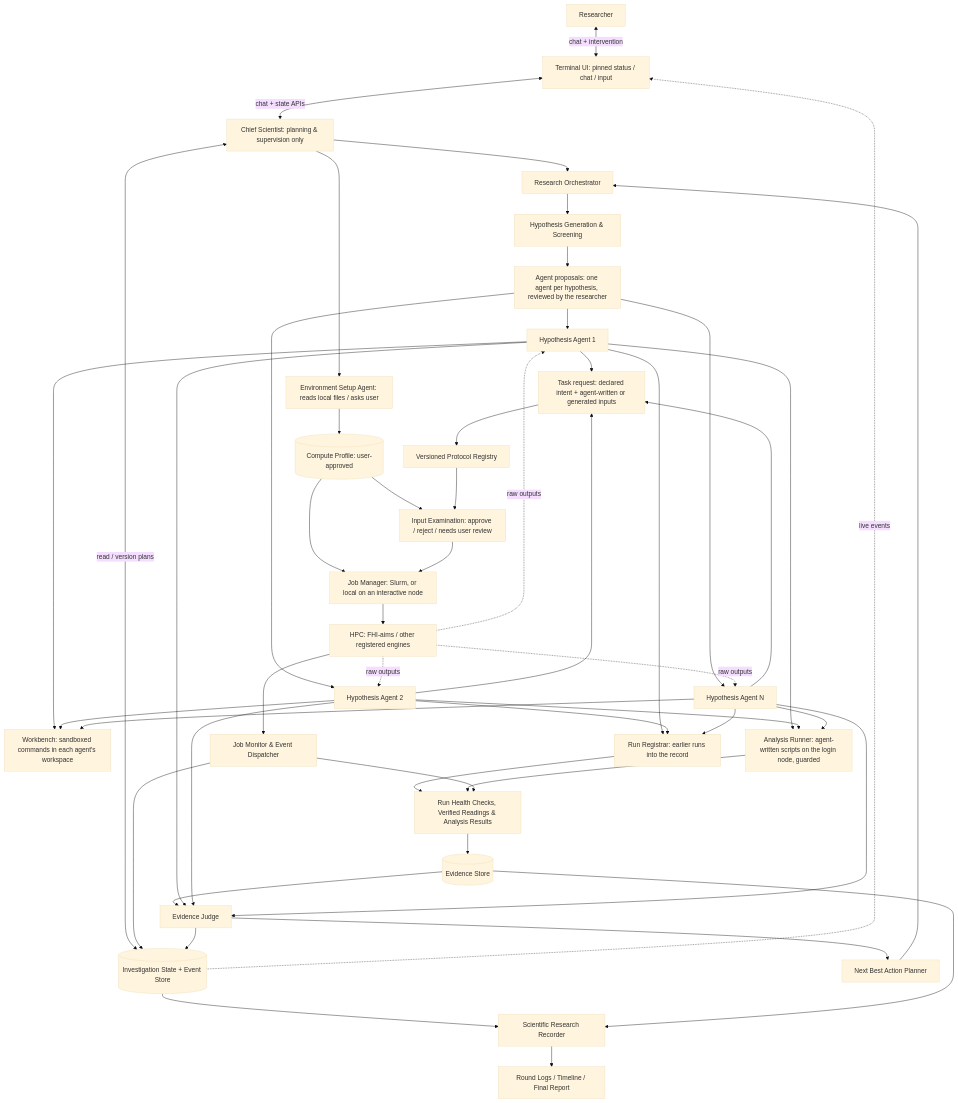
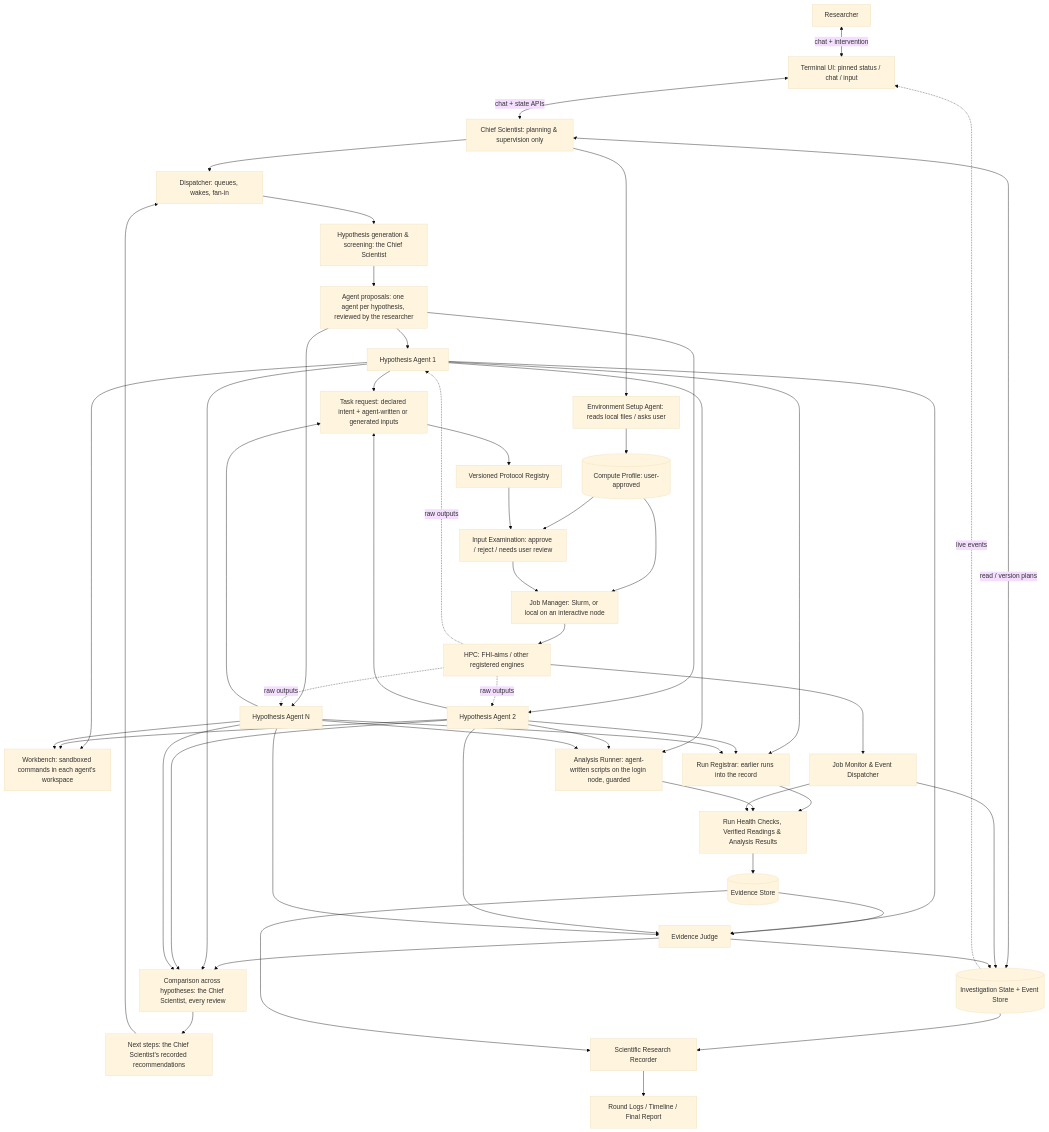
One commit to haoran-ni/CEDAR changed the first of 2 diagrams in docs/ARCHITECTURE.md. Above: the diagram before and after it, drawn with Mermaid (base theme). The commit also changed other lines of this file and 66 other files, not shown here.

````diff
--- a/docs/ARCHITECTURE.md
+++ b/docs/ARCHITECTURE.md
@@ -9,40 +9,42 @@
 ```mermaid
 flowchart TB
     U[Researcher] <-->|chat + intervention| UI[Terminal UI: pinned status / chat / input]
     UI <-->|chat + state APIs| C[Chief Scientist: planning & supervision only]
     C <-->|read / version plans| DB[(Investigation State + Event Store)]
-    C --> O[Research Orchestrator]
+    C --> O[Dispatcher: queues, wakes, fan-in]
     C --> ENV[Environment Setup Agent: reads local files / asks user]
     ENV --> PROF[(Compute Profile: user-approved)]
     PROF --> Q
     PROF --> J
-    O --> HG[Hypothesis Generation & Screening]
+    O --> HG[Hypothesis generation & screening: the Chief Scientist]
     HG --> AF[Agent proposals: one agent per hypothesis, reviewed by the researcher]
     AF --> H1[Hypothesis Agent 1]
     AF --> H2[Hypothesis Agent 2]
     AF --> Hn[Hypothesis Agent N]
     H1 & H2 & Hn --> T[Task request: declared intent + agent-written or generated inputs]
     T --> P[Versioned Protocol Registry]
     P --> Q[Input Examination: approve / reject / needs user review]
     Q --> J[Job Manager: Slurm, or local on an interactive node]
     J --> HPC[HPC: FHI-aims / other registered engines]
     H1 & H2 & Hn --> WB[Workbench: sandboxed commands in each agent's workspace]
     H1 & H2 & Hn --> REG[Run Registrar: earlier runs into the record]
     REG --> VAL
     HPC --> MON[Job Monitor & Event Dispatcher]
     HPC -. raw outputs .-> H1 & H2 & Hn
     H1 & H2 & Hn --> AN[Analysis Runner: agent-written scripts on the login node, guarded]
     AN --> VAL
     MON --> VAL[Run Health Checks, Verified Readings & Analysis Results]
     VAL --> EV[(Evidence Store)]
     MON --> DB
     EV --> S[Evidence Judge]
     H1 & H2 & Hn --> S
-    S --> NEXT[Next Best Action Planner]
+    S --> SYN[Comparison across hypotheses: the Chief Scientist, every review]
+    H1 & H2 & Hn --> SYN
+    SYN --> NEXT[Next steps: the Chief Scientist's recorded recommendations]
     NEXT --> O
     S --> DB
     DB --> REC[Scientific Research Recorder]
     EV --> REC
     REC --> NOTE[Round Logs / Timeline / Final Report]
     DB -. live events .-> UI
 ```
````
